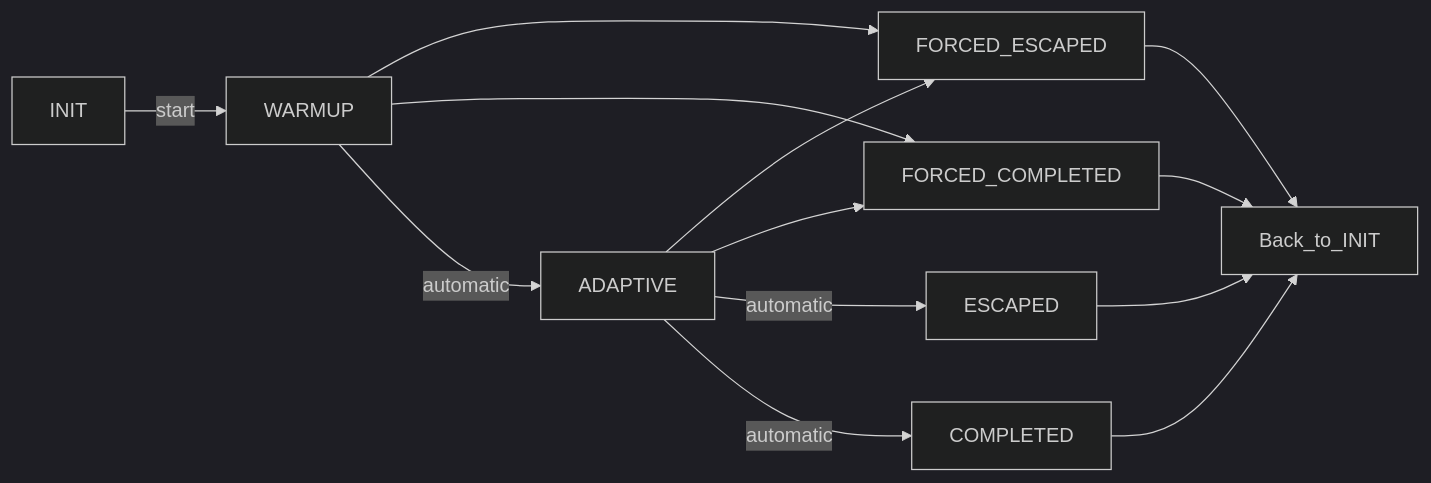
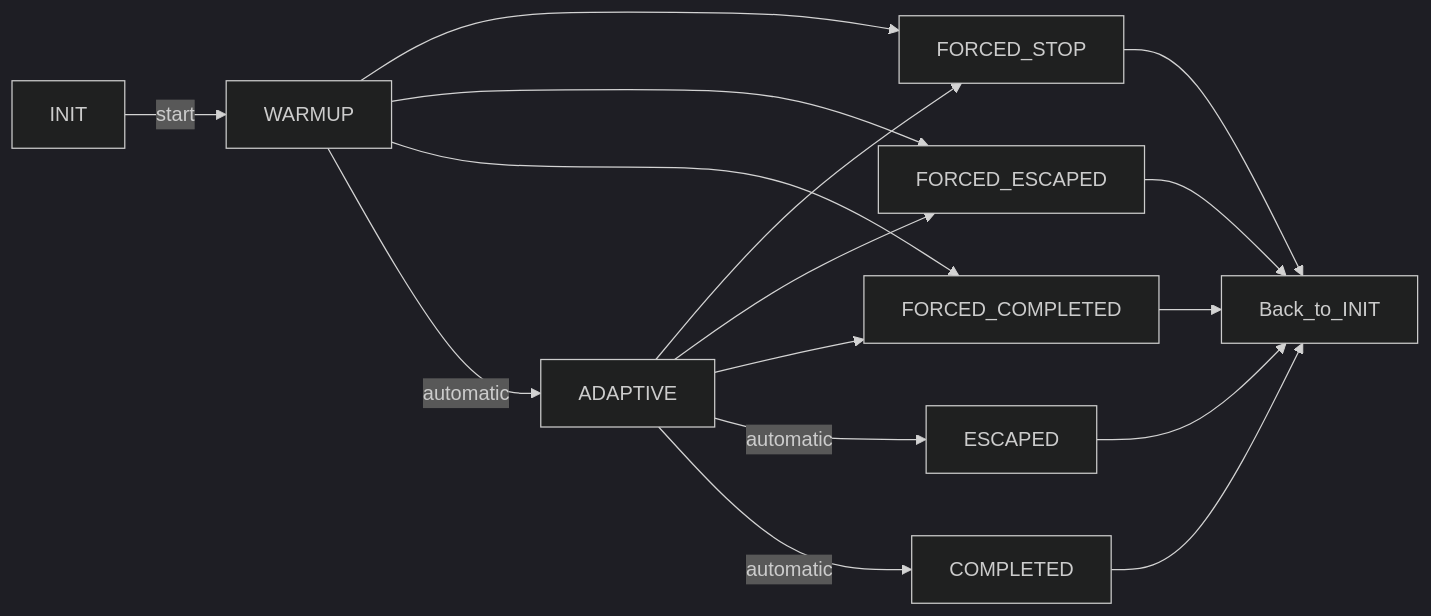
The second of 2 diagrams in README.md (ai-model-match/backend), drawn with Mermaid (dark theme) before and after one commit. The commit also changed 3 other files, not shown here.

Commit message:
feat: add FORCED_STOP status on Rollout Strategy

````diff
--- a/README.md
+++ b/README.md
@@ -53,15 +53,18 @@
 ```mermaid
 flowchart LR
     INIT -->|start| WARMUP
+    WARMUP --> FORCED_STOP
     WARMUP --> FORCED_ESCAPED
     WARMUP --> FORCED_COMPLETED
     WARMUP -->|automatic| ADAPTIVE
+    ADAPTIVE --> FORCED_STOP
     ADAPTIVE --> FORCED_ESCAPED
     ADAPTIVE --> FORCED_COMPLETED
     ADAPTIVE -->|automatic| ESCAPED
     ADAPTIVE -->|automatic| COMPLETED
     ESCAPED --> Back_to_INIT
     COMPLETED --> Back_to_INIT
+    FORCED_STOP --> Back_to_INIT
     FORCED_ESCAPED --> Back_to_INIT
     FORCED_COMPLETED --> Back_to_INIT
 ```
````
